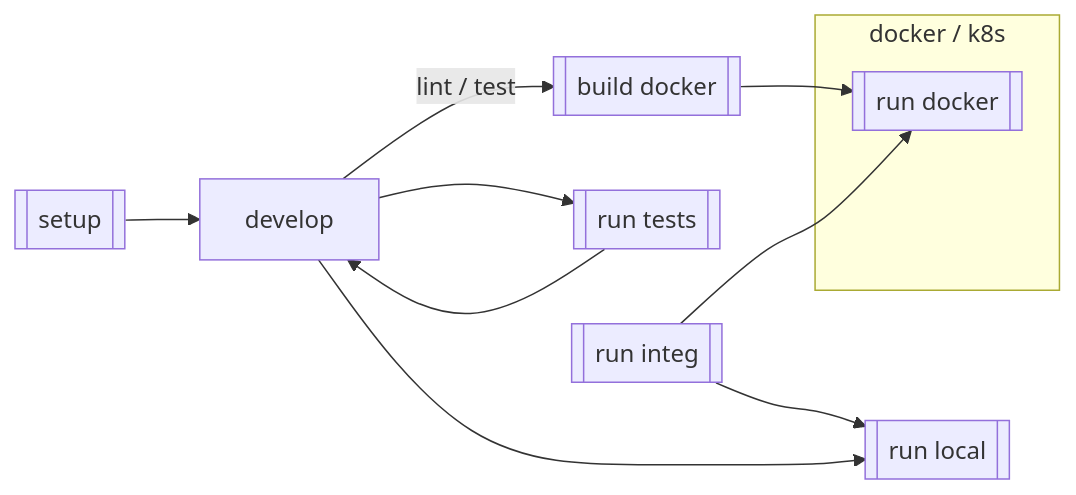
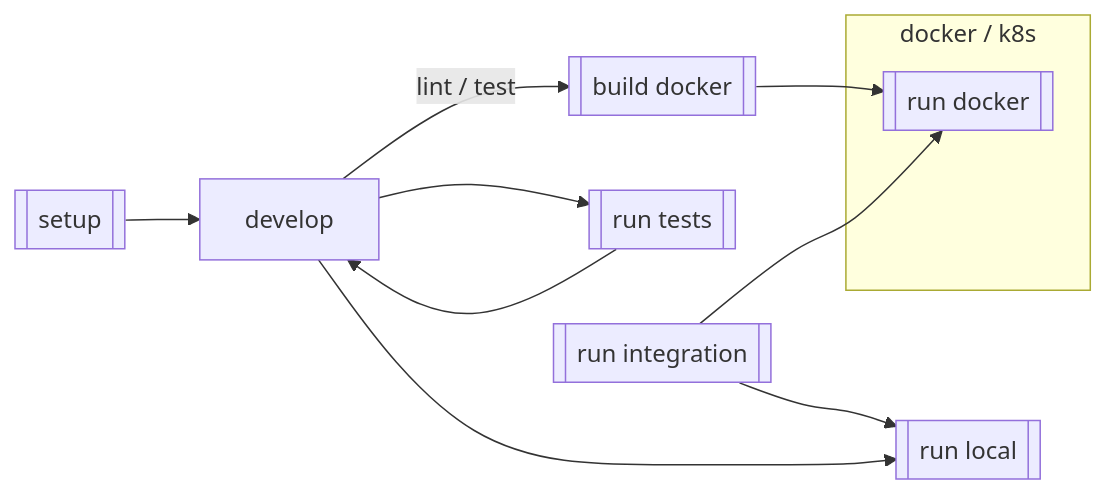
The diagram in CONTRIBUTING.md (DataBiosphere/terra-java-project-template), drawn with Mermaid before and after one commit. The commit also changed 3 other files, not shown here.

````diff
--- a/CONTRIBUTING.md
+++ b/CONTRIBUTING.md
@@ -37,25 +37,25 @@
 ```mermaid
 flowchart LR
   e[[setup]]
   v[develop]
   e --> v
 
   b[["build docker"]]
 
   rt[[run tests]]
   v --> rt
   rt --> v
 
   subgraph docker / k8s
     rd[[run docker]]
   end
   b --> rd
   v -- lint / test --> b
 
-  ri[[run integ]]
+  ri[[run integration]]
   ri --> rc
   ri --> rd
 
   rc[[run local]]
   v --> rc
 ```
````
